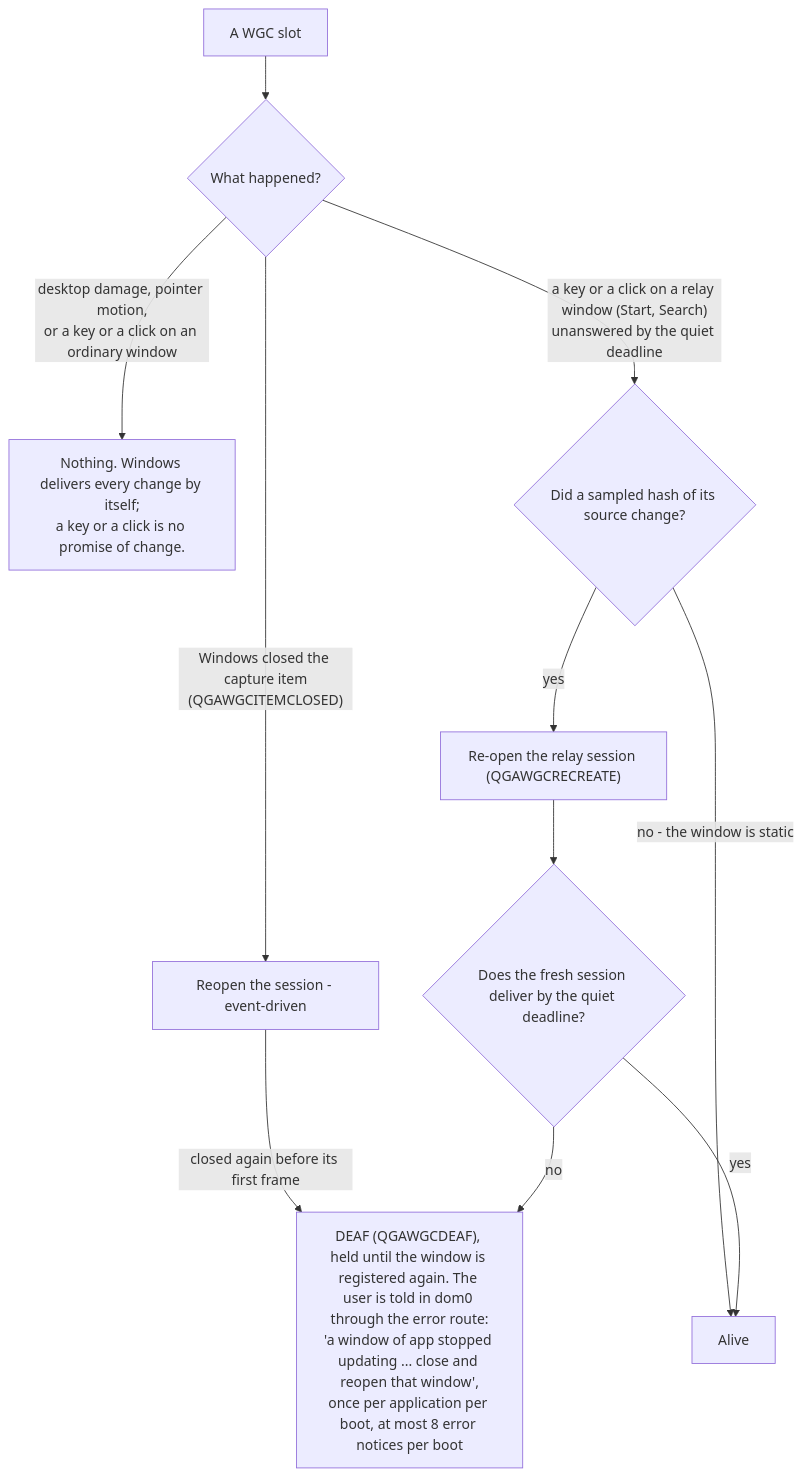
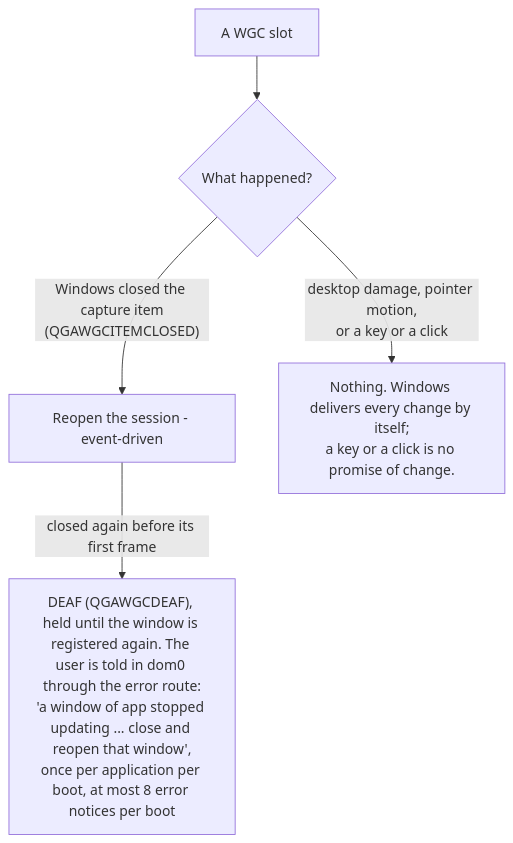
The second of 2 diagrams in docs/ADR-capture.md (arkenoi/qubes-win-idd-driver), drawn with Mermaid before and after one commit. The commit also changed other lines of this file and 7 other files, not shown here.

First line of the commit message:
Broker floor 25H2; PrintWindow route, relay and poke retired; a refused open fails loudly (ADR-capture 36)

````diff
--- a/docs/ADR-capture.md
+++ b/docs/ADR-capture.md
@@ -51,13 +49,8 @@
 ```mermaid
 flowchart TD
     A["A WGC slot"] --> B{"What happened?"}
     B -->|"Windows closed the capture item<br/>(QGAWGCITEMCLOSED)"| C["Reopen the session - event-driven"]
     C -->|"closed again before its first frame"| G
-    B -->|"desktop damage, pointer motion,<br/>or a key or a click on an ordinary window"| N["Nothing. Windows delivers every change by itself;<br/>a key or a click is no promise of change."]
-    B -->|"a key or a click on a relay window (Start, Search)<br/>unanswered by the quiet deadline"| D{"Did a sampled hash of its source change?"}
-    D -->|"no - the window is static"| OK["Alive"]
-    D -->|yes| R["Re-open the relay session (QGAWGCRECREATE)"]
-    R --> F{"Does the fresh session deliver by the quiet deadline?"}
-    F -->|yes| OK
-    F -->|no| G["DEAF (QGAWGCDEAF), held until the window is registered again. The user is told in dom0 through the error route:<br/>'a window of app stopped updating ... close and reopen that window',<br/>once per application per boot, at most 8 error notices per boot"]
+    B -->|"desktop damage, pointer motion,<br/>or a key or a click"| N["Nothing. Windows delivers every change by itself;<br/>a key or a click is no promise of change."]
+    G["DEAF (QGAWGCDEAF), held until the window is registered again. The user is told in dom0 through the error route:<br/>'a window of app stopped updating ... close and reopen that window',<br/>once per application per boot, at most 8 error notices per boot"]
 ```
````
